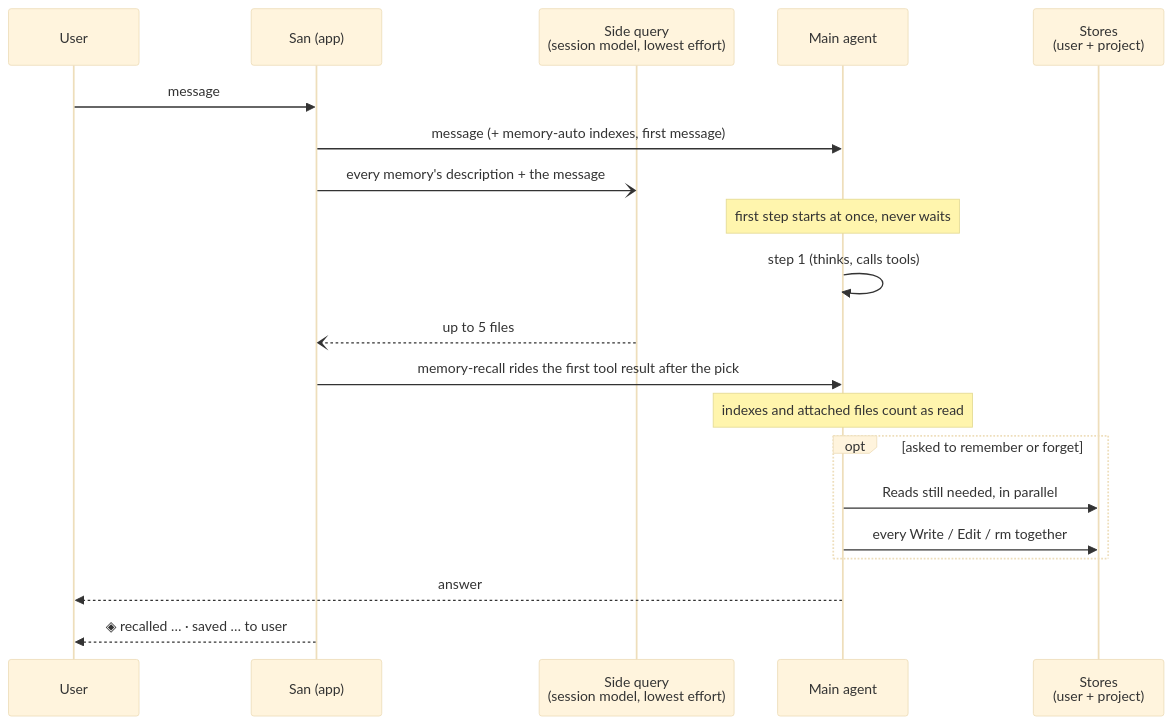
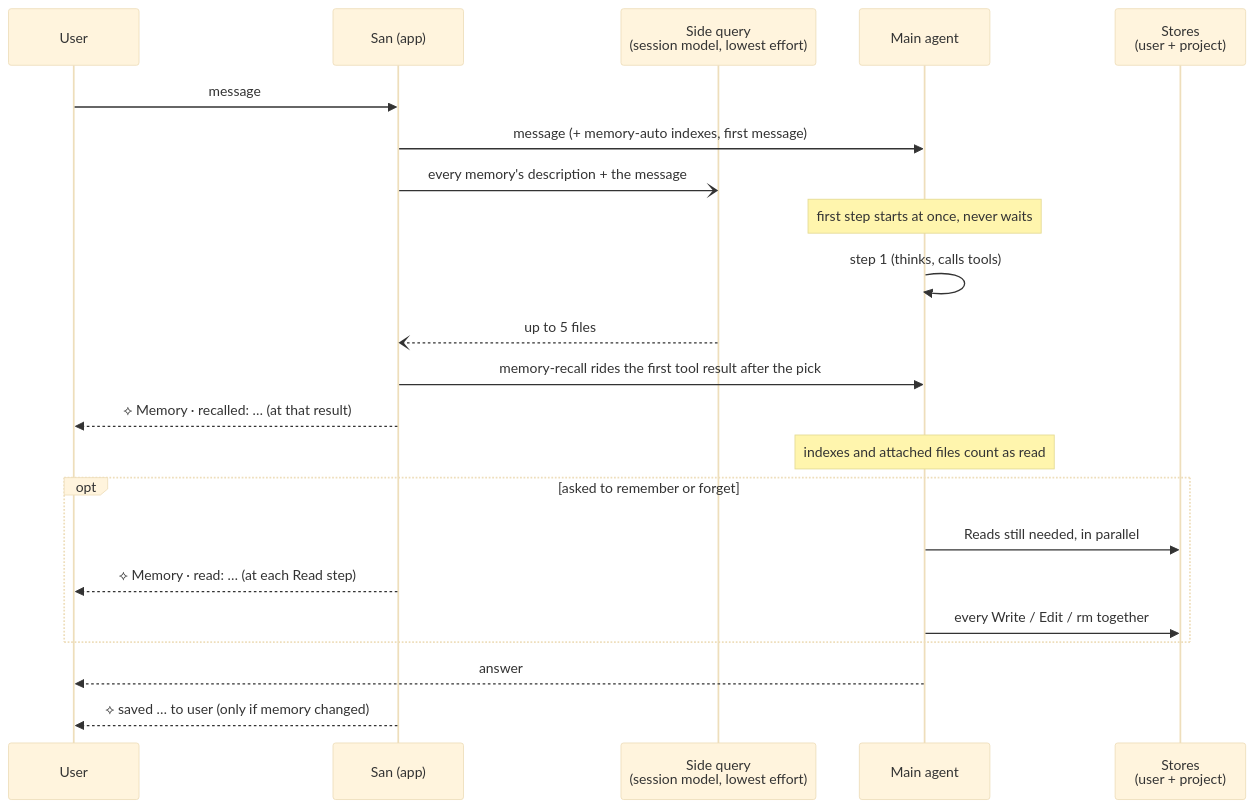
One commit to genai-io/san changed the diagram in docs/concepts/auto-memory.md. Above: the diagram before and after it, drawn with Mermaid (base theme). The commit also changed other lines of this file and 13 other files, not shown here.

First line of the commit message:
feat(tui): show memory use at the consuming step (#675)

````diff
--- a/docs/concepts/auto-memory.md
+++ b/docs/concepts/auto-memory.md
@@ -44,23 +44,25 @@
 ```mermaid
 sequenceDiagram
     participant U as User
     participant App as San (app)
     participant Sel as Side query<br/>(session model, lowest effort)
     participant A as Main agent
     participant S as Stores<br/>(user + project)
 
     U->>App: message
     App->>A: message (+ memory-auto indexes, first message)
     App-)Sel: every memory's description + the message
     Note over A: first step starts at once, never waits
     A->>A: step 1 (thinks, calls tools)
     Sel--)App: up to 5 files
     App->>A: memory-recall rides the first tool result after the pick
+    App-->>U: ⟡ Memory · recalled: … (at that result)
     Note over A: indexes and attached files count as read
     opt asked to remember or forget
         A->>S: Reads still needed, in parallel
+        App-->>U: ⟡ Memory · read: … (at each Read step)
         A->>S: every Write / Edit / rm together
     end
     A-->>U: answer
-    App-->>U: ◈ recalled … · saved … to user
+    App-->>U: ⟡ saved … to user (only if memory changed)
 ```
````
